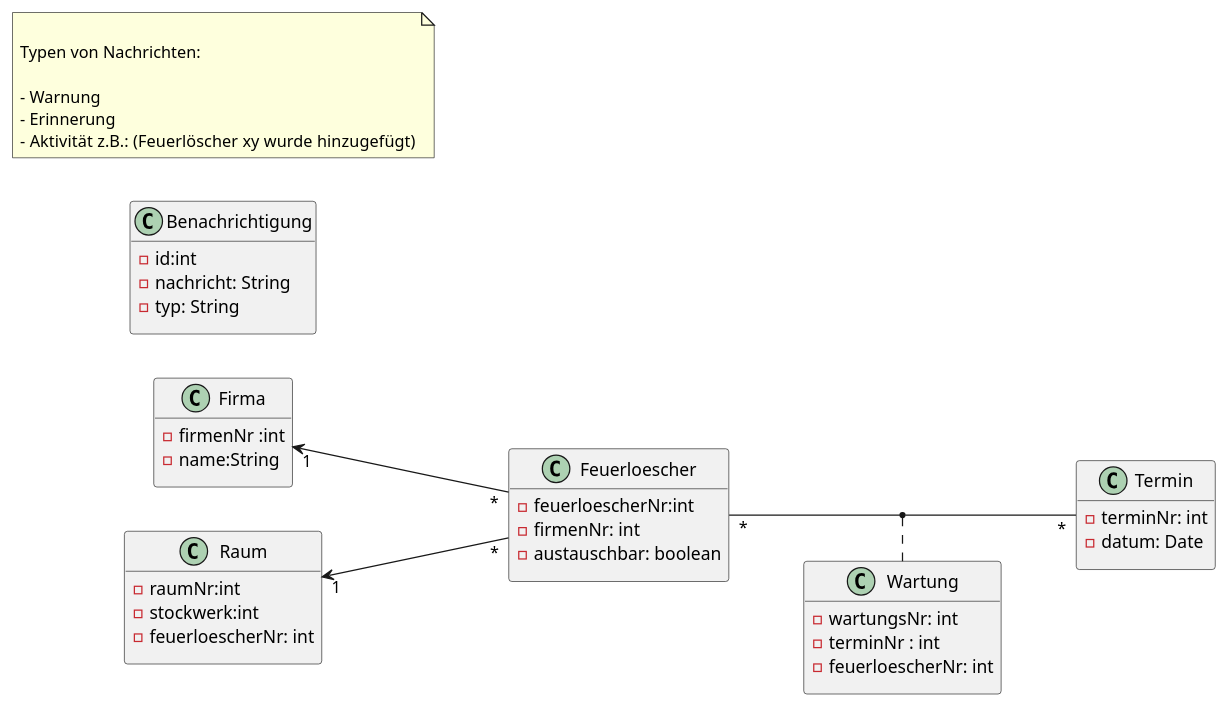
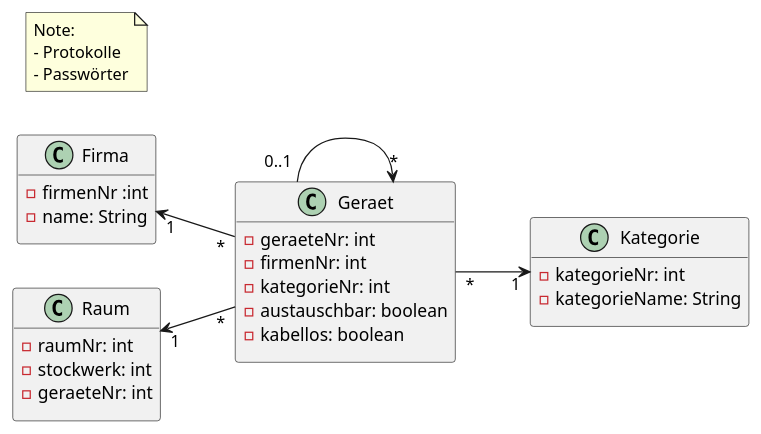
The diagram in asciidocs/plantuml/erd.puml (2122-3bhitm-itp/02-project-diagramm-generator), drawn with PlantUML before and after one commit. The commit also changed 2 other files, not shown here.

Commit message:
Moritz Eder - Projekt Anpassung zu Device

```diff
--- a/asciidocs/plantuml/erd.puml
+++ b/asciidocs/plantuml/erd.puml
@@ -1,58 +1,67 @@
 @startuml
 'https://plantuml.com/class-diagram
 left to right direction
 class Firma {
 - firmenNr :int
-- name:String
+- name: String
 ||
 }
 class Raum {
- - raumNr:int
- - stockwerk:int
- -  feuerloescherNr: int
+ - raumNr: int
+ - stockwerk: int
+ -  geraeteNr: int
  ||
 }
-class Feuerloescher {
- - feuerloescherNr:int
+class Geraet {
+ - geraeteNr: int
  - firmenNr: int
+ - kategorieNr: int
  - austauschbar: boolean
+ - kabellos: boolean
 ||
 }
-class Termin {
+class Kategorie {
+ - kategorieNr: int
+ - kategorieName: String
+||
+}
+/'class Termin {
     - terminNr: int
     - datum: Date
 ||
 }
 
 class Wartung {
     - wartungsNr: int
    - terminNr : int
    - feuerloescherNr: int
    ||
 }
 
 class Benachrichtigung {
   - id:int
   - nachricht: String
   - typ: String
   ||
-}
+}'/
 
-Raum "1" <-- "*" Feuerloescher
+'Device "*" --  "*" Termin
 
-Feuerloescher "*" --  "*" Termin
+'(Device,Termin) .. Wartung
 
-(Feuerloescher,Termin) .. Wartung
+Raum "1" <-- "*" Geraet
 
-Firma "1" <-- "*" Feuerloescher
-note as nachricht
+Firma "1" <-- "*" Geraet
 
-Typen von Nachrichten:
+Geraet "0..1" --> "*" Geraet
 
-- Warnung
-- Erinnerung
-- Aktivität  z.B.: (Feuerlöscher xy wurde hinzugefügt)
+Geraet "*" --> "1" Kategorie
+
+note as kommentar
+Note:
+- Protokolle
+- Passwörter
 end note
 
 
 @enduml
```
